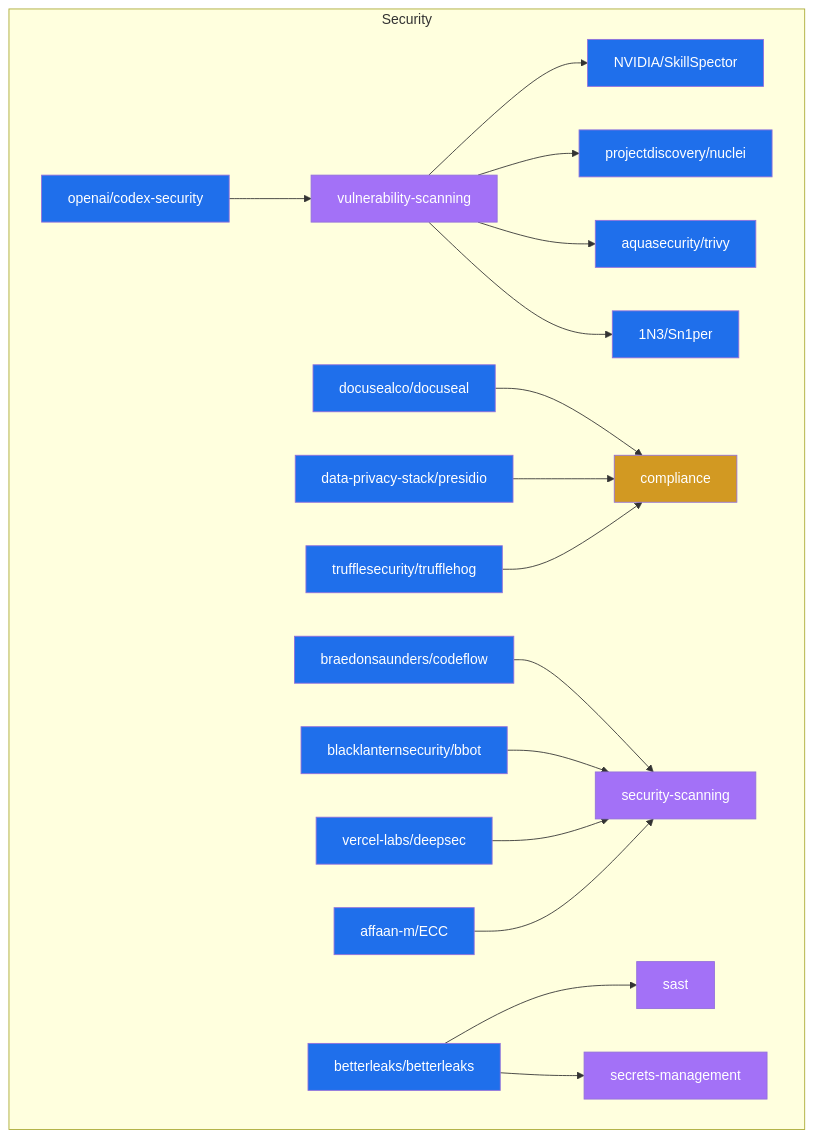
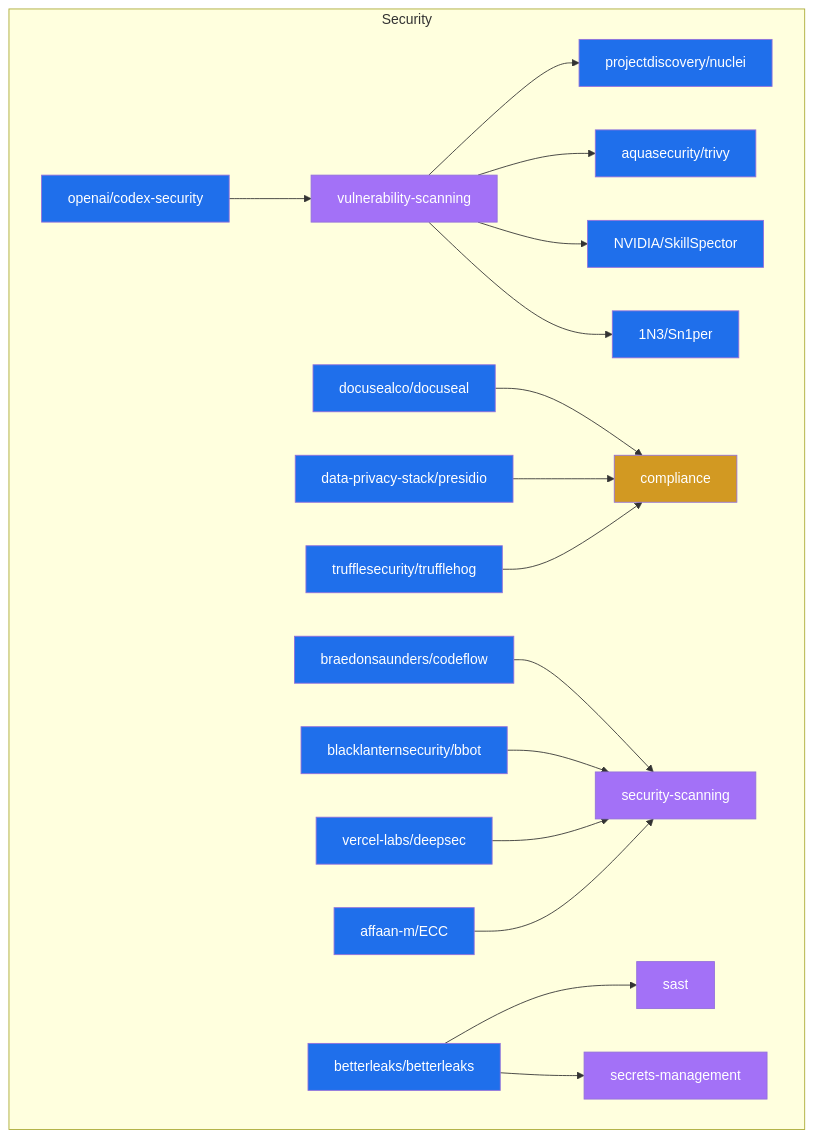
One commit to Meru143/star-graph changed the diagram in data/star_graph_security.mermaid. Above: the diagram before and after it, drawn with Mermaid. The commit also changed other lines of this file and 15 other files, not shown here.

Commit message:
chore: weekly star graph update 2026-08-17

```diff
--- a/data/star_graph_security.mermaid
+++ b/data/star_graph_security.mermaid
@@ -1,40 +1,40 @@
 graph TD
   subgraph security ["Security"]
+    braedonsaunders_codeflow["braedonsaunders/codeflow"]:::repo
+    openai_codex_security["openai/codex-security"]:::repo
+    vercel_labs_deepsec["vercel-labs/deepsec"]:::repo
+    security_scanning["security-scanning"]:::topic
+    projectdiscovery_nuclei["projectdiscovery/nuclei"]:::repo
+    secrets_management["secrets-management"]:::topic
+    affaan_m_ECC["affaan-m/ECC"]:::repo
+    1N3_Sn1per["1N3/Sn1per"]:::repo
+    vulnerability_scanning["vulnerability-scanning"]:::topic
+    data_privacy_stack_presidio["data-privacy-stack/presidio"]:::repo
+    compliance["compliance"]:::use_case
+    trufflesecurity_trufflehog["trufflesecurity/trufflehog"]:::repo
+    sast["sast"]:::topic
+    blacklanternsecurity_bbot["blacklanternsecurity/bbot"]:::repo
+    docusealco_docuseal["docusealco/docuseal"]:::repo
     NVIDIA_SkillSpector["NVIDIA/SkillSpector"]:::repo
-    projectdiscovery_nuclei["projectdiscovery/nuclei"]:::repo
-    docusealco_docuseal["docusealco/docuseal"]:::repo
     aquasecurity_trivy["aquasecurity/trivy"]:::repo
-    affaan_m_ECC["affaan-m/ECC"]:::repo
-    openai_codex_security["openai/codex-security"]:::repo
-    1N3_Sn1per["1N3/Sn1per"]:::repo
     betterleaks_betterleaks["betterleaks/betterleaks"]:::repo
-    sast["sast"]:::topic
-    vulnerability_scanning["vulnerability-scanning"]:::topic
-    security_scanning["security-scanning"]:::topic
-    secrets_management["secrets-management"]:::topic
-    compliance["compliance"]:::use_case
-    data_privacy_stack_presidio["data-privacy-stack/presidio"]:::repo
-    braedonsaunders_codeflow["braedonsaunders/codeflow"]:::repo
-    blacklanternsecurity_bbot["blacklanternsecurity/bbot"]:::repo
-    vercel_labs_deepsec["vercel-labs/deepsec"]:::repo
-    trufflesecurity_trufflehog["trufflesecurity/trufflehog"]:::repo
   end
   openai_codex_security --> vulnerability_scanning
   vulnerability_scanning --> projectdiscovery_nuclei
   vulnerability_scanning --> aquasecurity_trivy
   vulnerability_scanning --> NVIDIA_SkillSpector
   vulnerability_scanning --> 1N3_Sn1per
   docusealco_docuseal --> compliance
   data_privacy_stack_presidio --> compliance
   braedonsaunders_codeflow --> security_scanning
   trufflesecurity_trufflehog --> compliance
   betterleaks_betterleaks --> sast
   betterleaks_betterleaks --> secrets_management
   blacklanternsecurity_bbot --> security_scanning
   vercel_labs_deepsec --> security_scanning
   affaan_m_ECC --> security_scanning
   classDef repo fill:#1f6feb,color:#fff;
   classDef topic fill:#a371f7,color:#fff;
   classDef technology fill:#3fb950,color:#fff;
   classDef use_case fill:#d29922,color:#fff;
   classDef architecture fill:#f85149,color:#fff;
```
